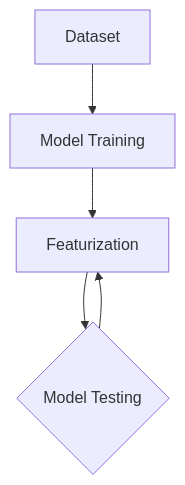
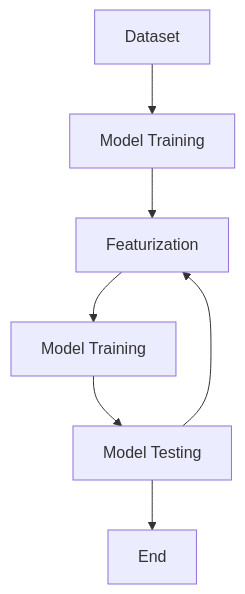
One commit to Suddhaswatta/learn-ml changed the diagram in README.md. Above: the diagram before and after it, drawn with Mermaid.

````diff
--- a/README.md
+++ b/README.md
@@ -15,9 +15,11 @@
 ```mermaid
 flowchart TD
     A[Dataset] --> B[Model Training]
     B --> C[Featurization]
-    C --> D{Model Testing}
-    D --> C
+    C --> D[Model Training]
+    D --> E[Model Testing]
+    E --> C
+    E --> End
    
   
 ```
````
